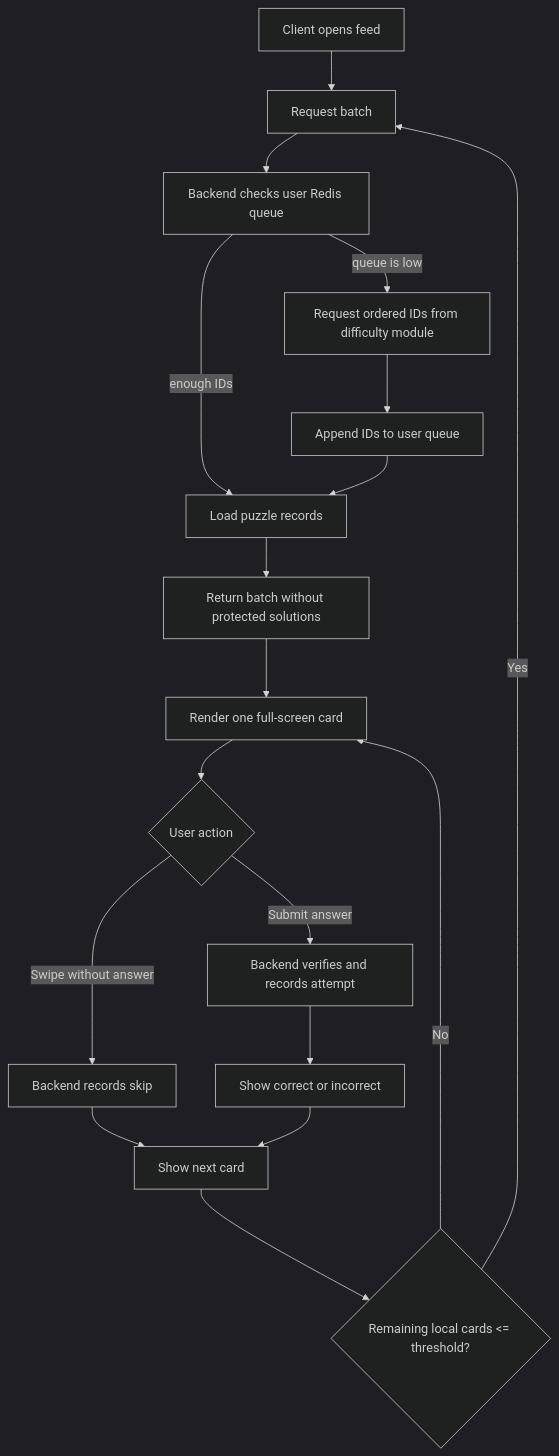
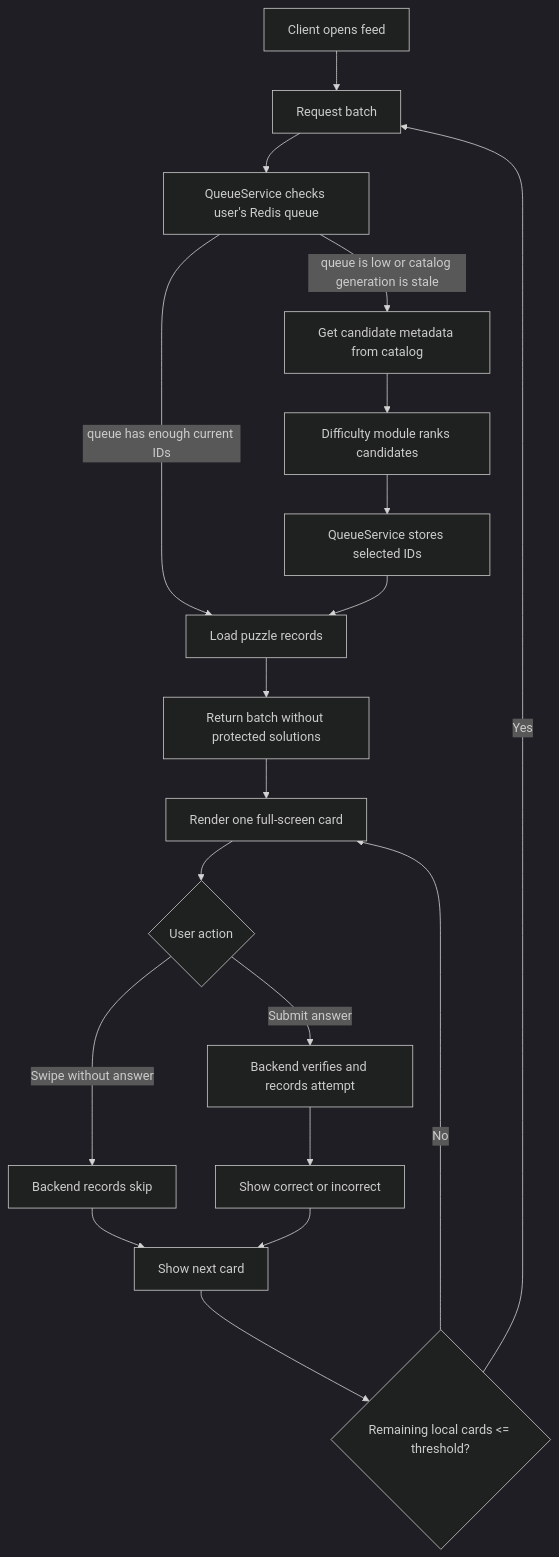
One commit to yassine0010/pikpok changed the second of 5 diagrams in technical-stack-and-implementation.md. Above: the diagram before and after it, drawn with Mermaid (dark theme). The commit also changed other lines of this file and 8 other files, not shown here.

Commit message:
docs: reorganize project documentation and update technical implementation and architecture specifications

```diff
--- a/technical-stack-and-implementation.md
+++ b/technical-stack-and-implementation.md
@@ -369,20 +371,21 @@
 ~~~mermaid
 flowchart TD
     A[Client opens feed] --> B[Request batch]
-    B --> C[Backend checks user Redis queue]
-    C -->|enough IDs| D[Load puzzle records]
-    C -->|queue is low| E[Request ordered IDs from difficulty module]
-    E --> F[Append IDs to user queue]
-    F --> D
-    D --> G[Return batch without protected solutions]
-    G --> H[Render one full-screen card]
-    H --> I{User action}
-    I -->|Submit answer| J[Backend verifies and records attempt]
-    I -->|Swipe without answer| K[Backend records skip]
-    J --> L[Show correct or incorrect]
-    K --> M[Show next card]
-    L --> M
-    M --> N{Remaining local cards <= threshold?}
-    N -->|No| H
-    N -->|Yes| B
+    B --> C[QueueService checks user's Redis queue]
+    C -->|queue has enough current IDs| G[Load puzzle records]
+    C -->|queue is low or catalog generation is stale| D[Get candidate metadata from catalog]
+    D --> E[Difficulty module ranks candidates]
+    E --> F[QueueService stores selected IDs]
+    F --> G
+    G --> H[Return batch without protected solutions]
+    H --> I[Render one full-screen card]
+    I --> J{User action}
+    J -->|Submit answer| K[Backend verifies and records attempt]
+    J -->|Swipe without answer| L[Backend records skip]
+    K --> M[Show correct or incorrect]
+    L --> N[Show next card]
+    M --> N
+    N --> O{Remaining local cards <= threshold?}
+    O -->|No| I
+    O -->|Yes| B
 ~~~
```
